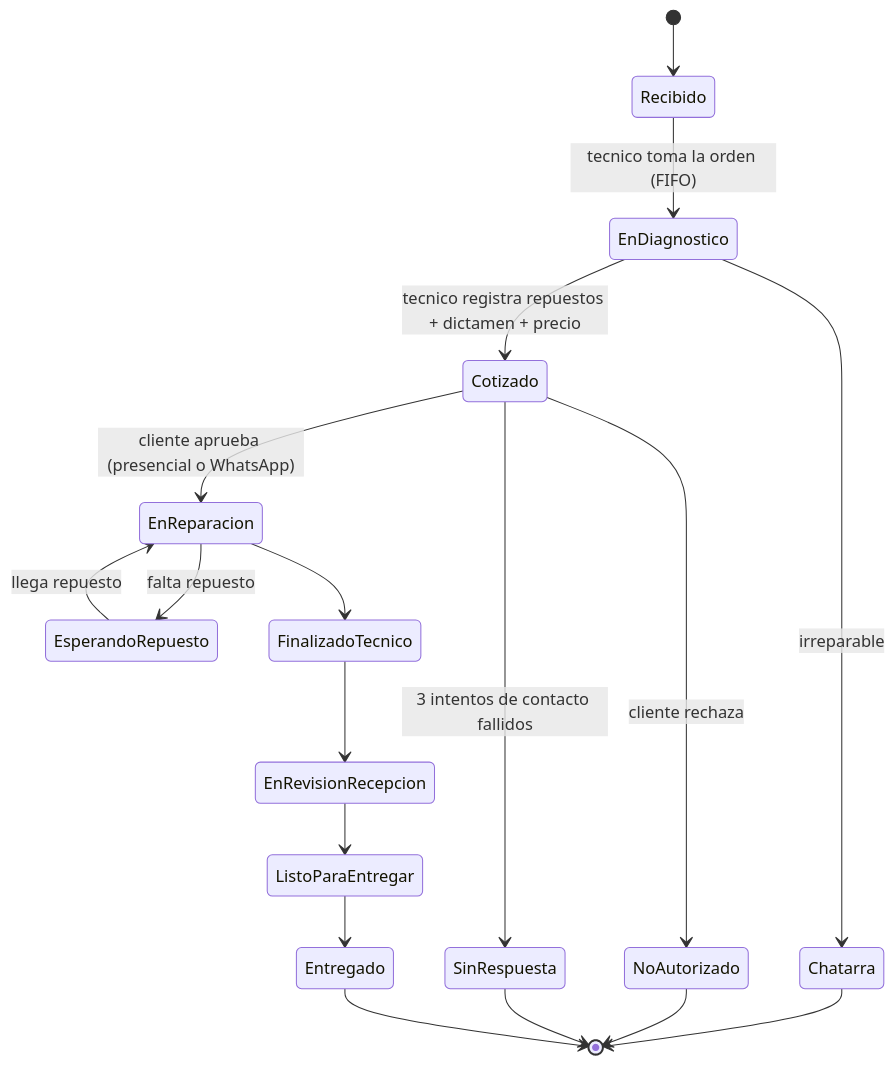
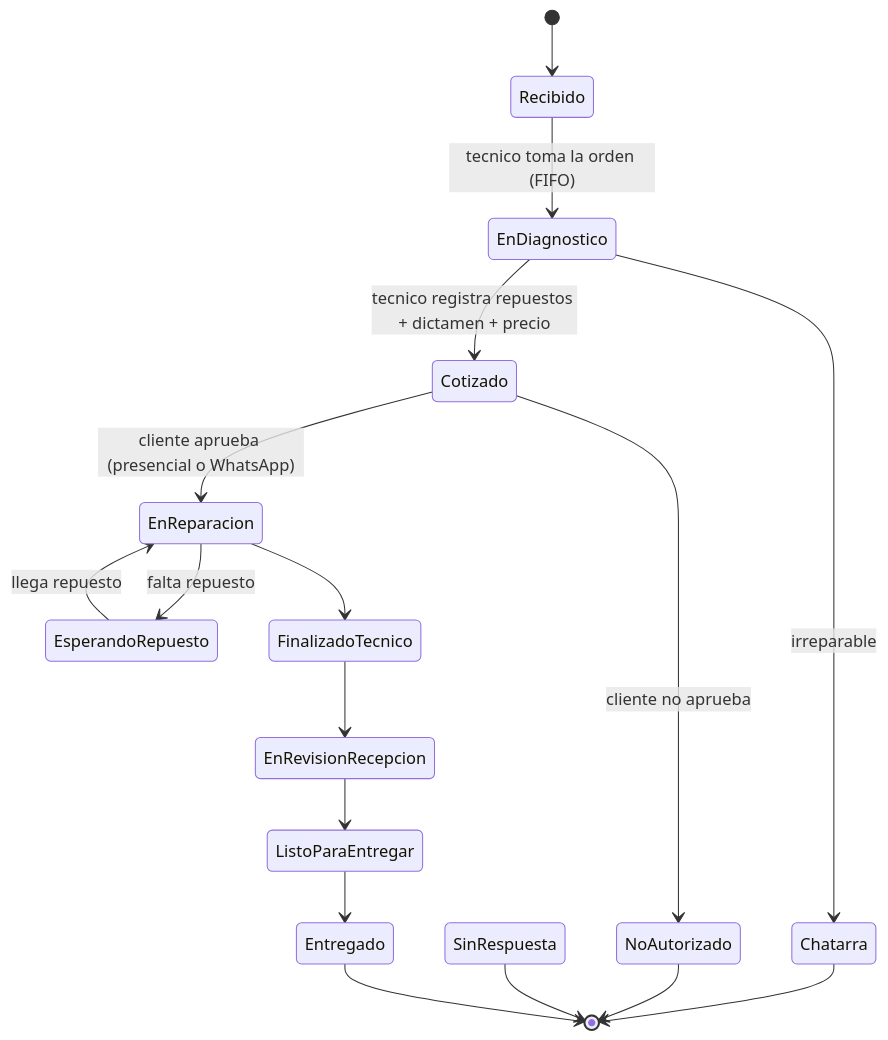
One commit to andrev024/expertools changed the third of 3 diagrams in README.md. Above: the diagram before and after it, drawn with Mermaid. The commit also changed other lines of this file and 8 other files, not shown here.

````diff
--- a/README.md
+++ b/README.md
@@ -115,20 +114,19 @@
 ```mermaid
 stateDiagram-v2
     [*] --> Recibido
     Recibido --> EnDiagnostico : tecnico toma la orden (FIFO)
     EnDiagnostico --> Chatarra : irreparable
     EnDiagnostico --> Cotizado : tecnico registra repuestos + dictamen + precio
     Cotizado --> EnReparacion : cliente aprueba (presencial o WhatsApp)
-    Cotizado --> NoAutorizado : cliente rechaza
-    Cotizado --> SinRespuesta : 3 intentos de contacto fallidos
+    Cotizado --> NoAutorizado : cliente no aprueba
     EnReparacion --> EsperandoRepuesto : falta repuesto
     EsperandoRepuesto --> EnReparacion : llega repuesto
     EnReparacion --> FinalizadoTecnico
     FinalizadoTecnico --> EnRevisionRecepcion
     EnRevisionRecepcion --> ListoParaEntregar
     ListoParaEntregar --> Entregado
     Chatarra --> [*]
     NoAutorizado --> [*]
     SinRespuesta --> [*]
     Entregado --> [*]
 ```
````
